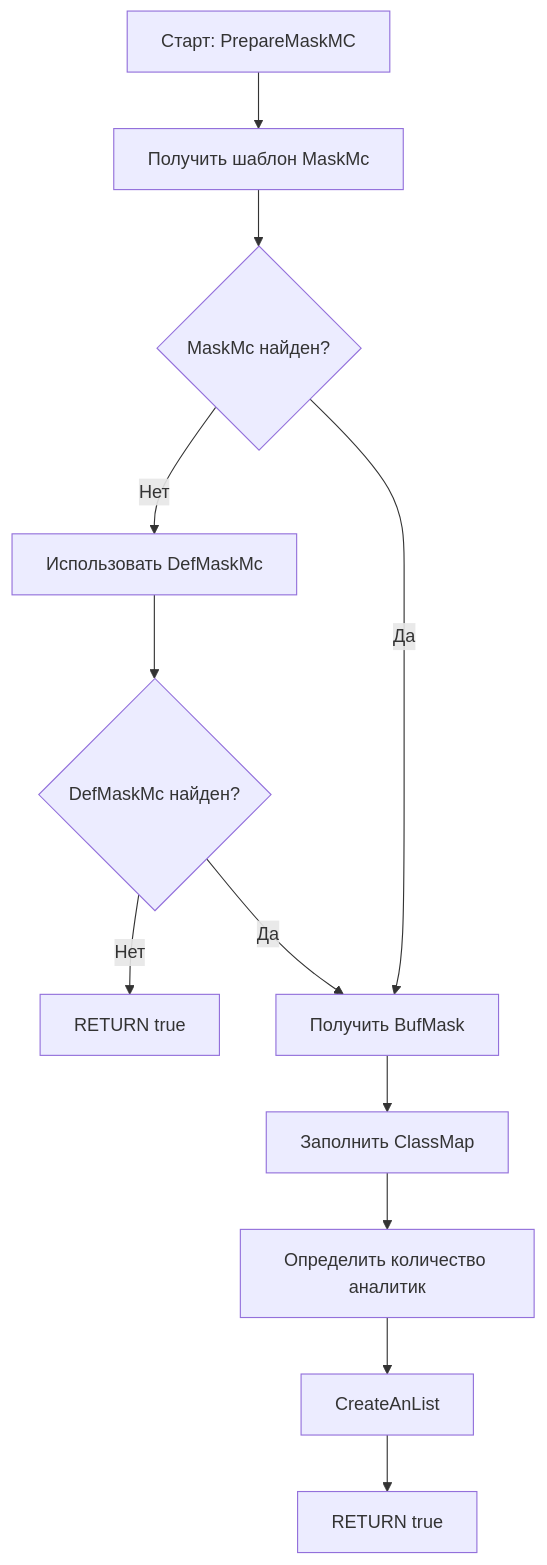
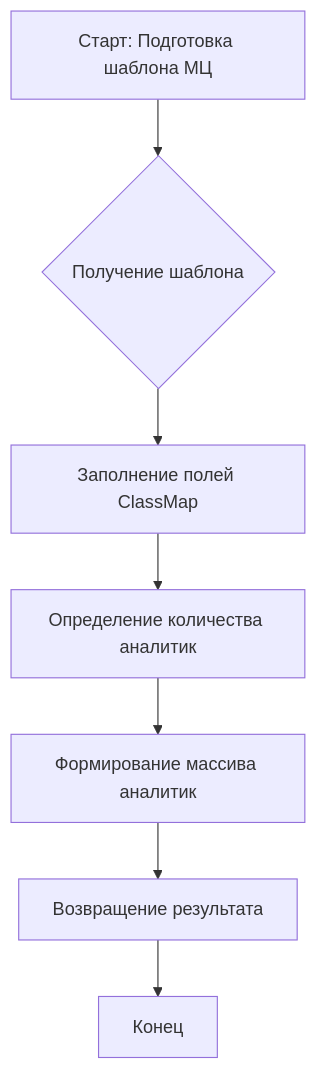
Before and after one commit to fivec/topsoft.JAM: diagram 11 of 20 in README.md, drawn with Mermaid. The commit also changed other lines of this file, not shown here.

````diff
--- a/README.md
+++ b/README.md
@@ -310,14 +353,9 @@
 ```mermaid
 flowchart TD
-A[Старт: PrepareMaskMC] --> B[Получить шаблон MaskMc]
-B --> C{MaskMc найден?}
-C -- Нет --> D[Использовать DefMaskMc]
-D --> E{DefMaskMc найден?}
-E -- Нет --> F[RETURN true]
-E -- Да --> G[Получить BufMask]
-C -- Да --> G
-G --> H[Заполнить ClassMap]
-H --> I[Определить количество аналитик]
-I --> J[CreateAnList]
-J --> K[RETURN true]
+    A[Старт: Подготовка шаблона МЦ] --> B{Получение шаблона}
+    B --> C[Заполнение полей ClassMap]
+    C --> D[Определение количества аналитик]
+    D --> E[Формирование массива аналитик]
+    E --> F[Возвращение результата]
+    F --> G[Конец]
 ```
````
